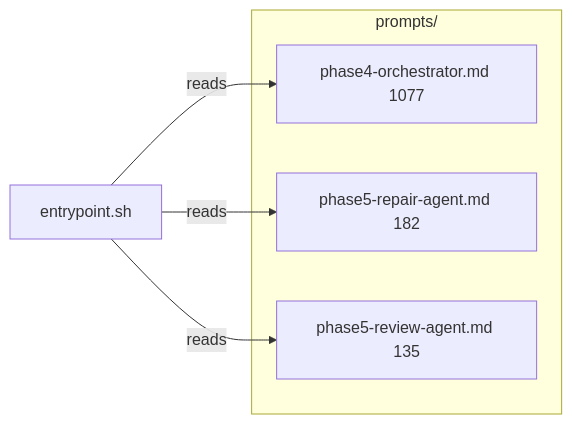
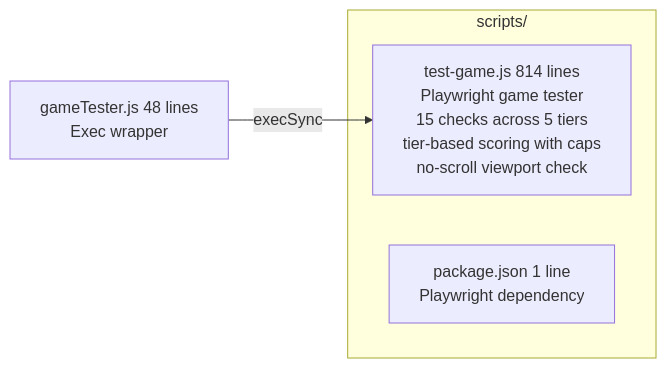
One commit to J-Gierend/gamePocGen changed the tenth of 10 diagrams in AI/document/01-file-map.md. Above: the diagram before and after it, drawn with Mermaid. The commit also changed other lines of this file and 5 other files, not shown here.

````diff
--- a/AI/document/01-file-map.md
+++ b/AI/document/01-file-map.md
@@ -187,12 +224,9 @@
 ```mermaid
 graph LR
-    subgraph "prompts/"
-        P4["phase4-orchestrator.md 1077"]
-        P5R["phase5-repair-agent.md 182"]
-        P5V["phase5-review-agent.md 135"]
+    subgraph "scripts/"
+        TG["test-game.js 814 lines\nPlaywright game tester\n15 checks across 5 tiers\ntier-based scoring with caps\nno-scroll viewport check"]
+        SP["package.json 1 line\nPlaywright dependency"]
     end
 
-    ENT["entrypoint.sh"] -->|"reads"| P4
-    ENT -->|"reads"| P5R
-    ENT -->|"reads"| P5V
+    GT["gameTester.js 48 lines\nExec wrapper"] -->|"execSync"| TG
 ```
````
